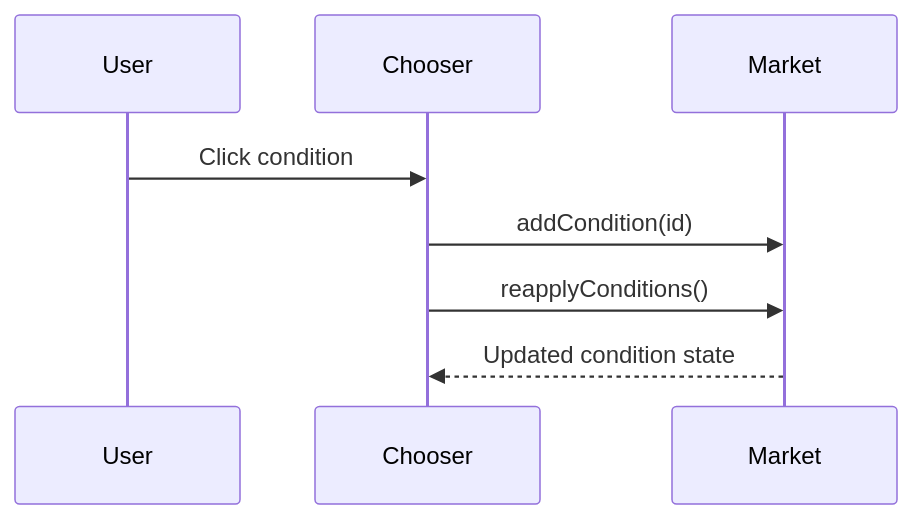
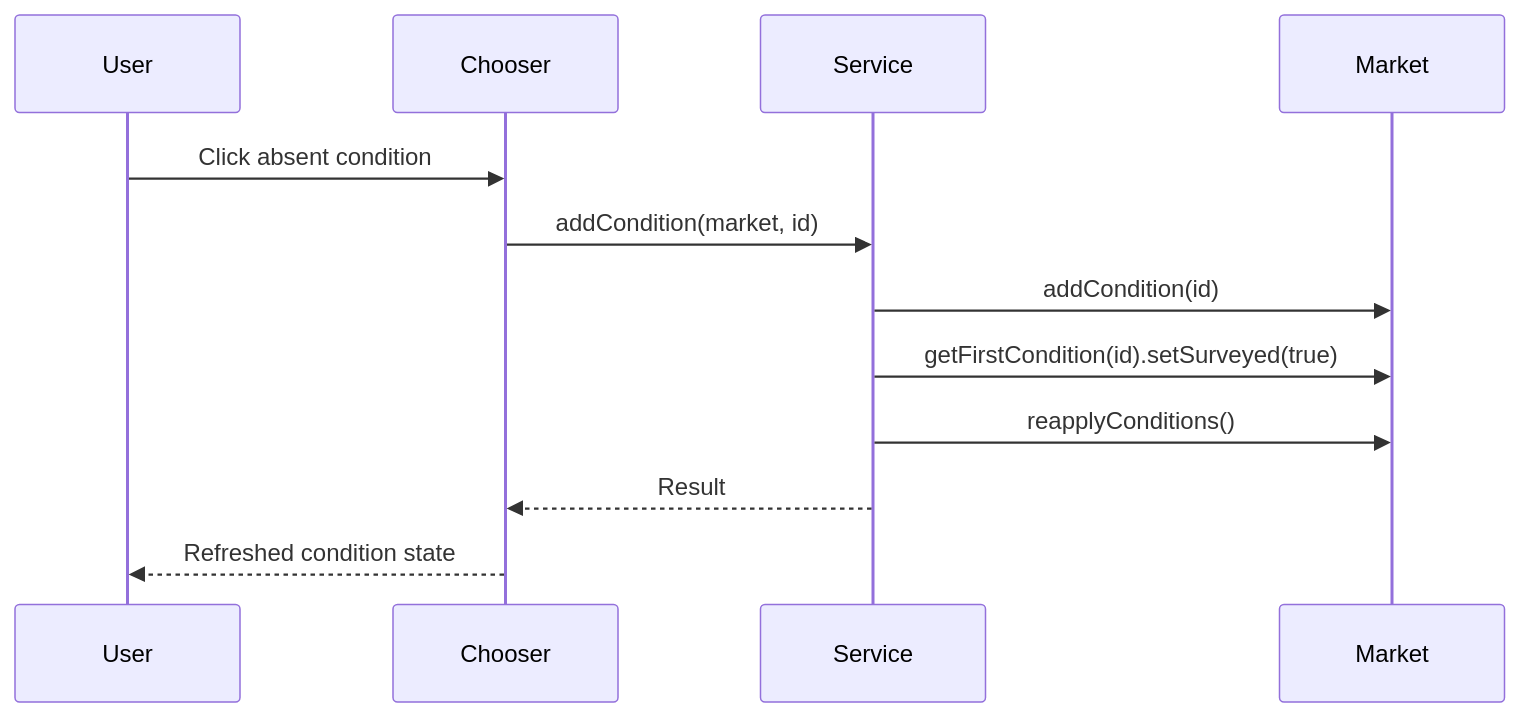
Before and after one commit to Klark-Morrigan/Starsector-Mod-KMU: the diagram in docs/dev/implementation/001-add-planetary-condition/plan.md, drawn with Mermaid. The commit also changed other lines of this file, not shown here.

````diff
--- a/docs/dev/implementation/001-add-planetary-condition/plan.md
+++ b/docs/dev/implementation/001-add-planetary-condition/plan.md
@@ -86,10 +175,14 @@
 ```mermaid
 sequenceDiagram
     participant User
     participant Chooser
+    participant Service
     participant Market
-    User->>Chooser: Click condition
-    Chooser->>Market: addCondition(id)
-    Chooser->>Market: reapplyConditions()
-    Market-->>Chooser: Updated condition state
+    User->>Chooser: Click absent condition
+    Chooser->>Service: addCondition(market, id)
+    Service->>Market: addCondition(id)
+    Service->>Market: getFirstCondition(id).setSurveyed(true)
+    Service->>Market: reapplyConditions()
+    Service-->>Chooser: Result
+    Chooser-->>User: Refreshed condition state
 ```
````
